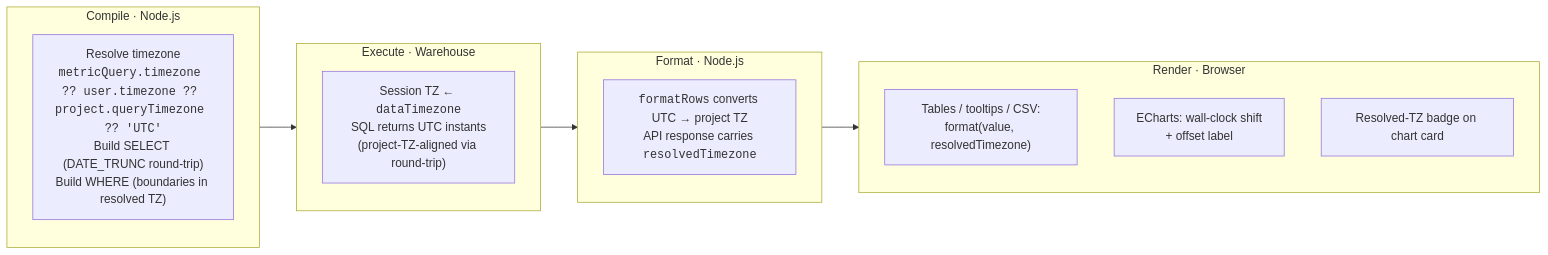
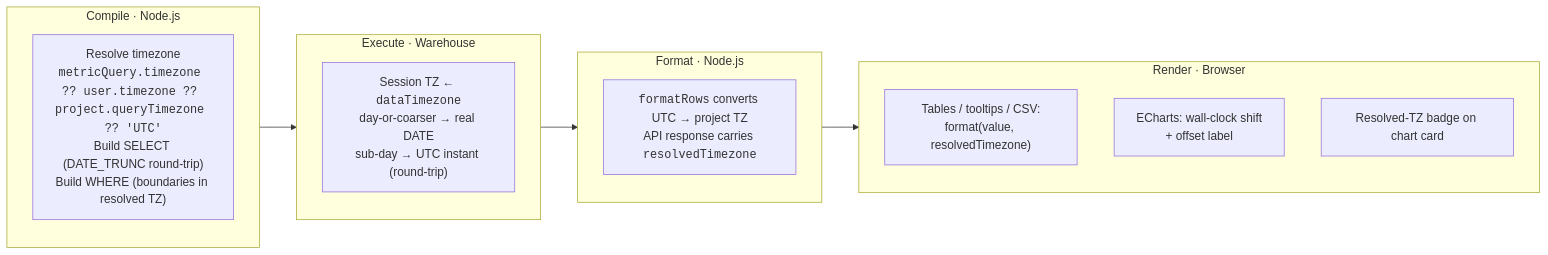
One commit to lightdash/lightdash changed the second of 6 diagrams in docs/timezones/timezone-handling.md. Above: the diagram before and after it, drawn with Mermaid. The commit also changed other lines of this file, not shown here.

First line of the commit message:
docs(timezones): update timezone-handling.md for the GLITCH-452 DATE cast

````diff
--- a/docs/timezones/timezone-handling.md
+++ b/docs/timezones/timezone-handling.md
@@ -99,23 +99,23 @@
 ```mermaid
 flowchart LR
     subgraph Compile["Compile · Node.js"]
         direction TB
         C1["Resolve timezone<br/><code>metricQuery.timezone ?? user.timezone ?? project.queryTimezone ?? 'UTC'</code><br/>Build SELECT (DATE_TRUNC round-trip)<br/>Build WHERE (boundaries in resolved TZ)"]
     end
     subgraph Execute["Execute · Warehouse"]
         direction TB
-        E1["Session TZ ← <code>dataTimezone</code><br/>SQL returns UTC instants<br/>(project-TZ-aligned via round-trip)"]
+        E1["Session TZ ← <code>dataTimezone</code><br/>day-or-coarser → real DATE<br/>sub-day → UTC instant (round-trip)"]
     end
     subgraph Format["Format · Node.js"]
         direction TB
         F1["<code>formatRows</code> converts UTC → project TZ<br/>API response carries <code>resolvedTimezone</code>"]
     end
     subgraph Render["Render · Browser"]
         direction TB
         R1["Tables / tooltips / CSV:<br/>format(value, resolvedTimezone)"]
         R2["ECharts: wall-clock shift<br/>+ offset label"]
         R3["Resolved-TZ badge on chart card"]
     end
 
     Compile --> Execute --> Format --> Render
 ```
````
